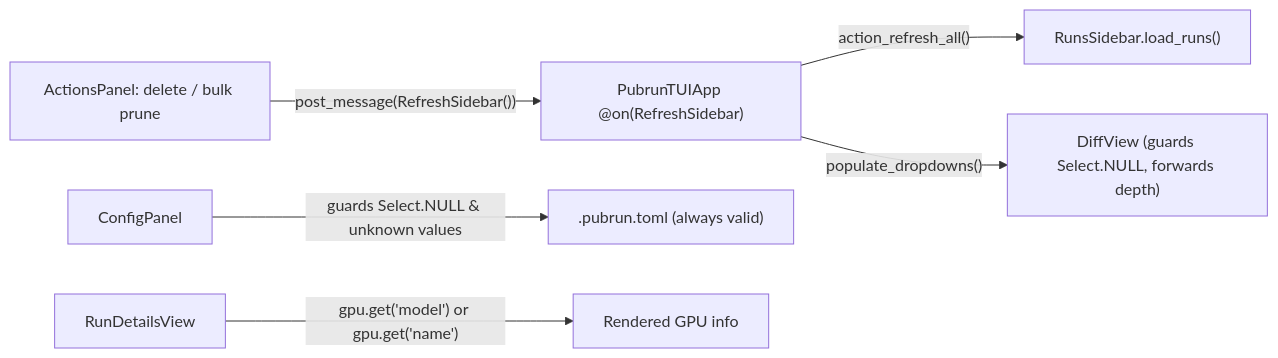
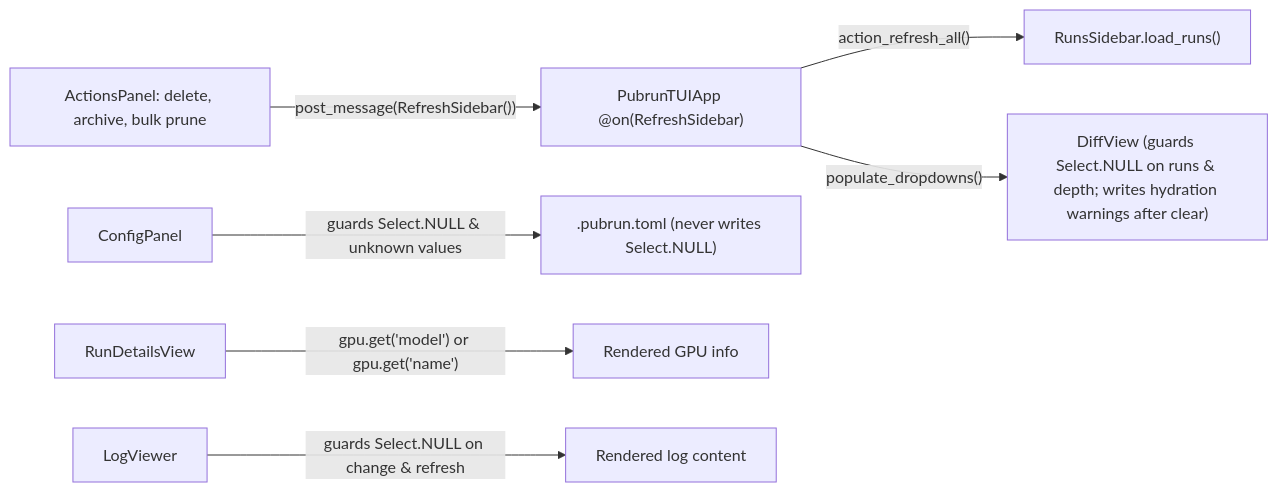
The diagram in .aw/records/plans/pending/20261122-bugs-audit-07-8ebjeg-fix-tui-widget-crashes-select-null-handling-and-sidebar-refr.ipd.md (fariello/pubrun), drawn with Mermaid before and after one commit. The commit also changed other lines of this file and 1 other file, not shown here.

````diff
--- a/.aw/records/plans/pending/20261122-bugs-audit-07-8ebjeg-fix-tui-widget-crashes-select-null-handling-and-sidebar-refr.ipd.md
+++ b/.aw/records/plans/pending/20261122-bugs-audit-07-8ebjeg-fix-tui-widget-crashes-select-null-handling-and-sidebar-refr.ipd.md
@@ -33,8 +36,9 @@
 ```mermaid
 flowchart LR
-    ACT["ActionsPanel: delete / bulk prune"] -->|"post_message(RefreshSidebar())"| APP["PubrunTUIApp @on(RefreshSidebar)"]
+    ACT["ActionsPanel: delete, archive, bulk prune"] -->|"post_message(RefreshSidebar())"| APP["PubrunTUIApp @on(RefreshSidebar)"]
     APP -->|"action_refresh_all()"| SIDE["RunsSidebar.load_runs()"]
-    APP -->|"populate_dropdowns()"| DIFF["DiffView (guards Select.NULL, forwards depth)"]
-    CFG["ConfigPanel"] -->|"guards Select.NULL & unknown values"| TOML[".pubrun.toml (always valid)"]
+    APP -->|"populate_dropdowns()"| DIFF["DiffView (guards Select.NULL on runs & depth; writes hydration warnings after clear)"]
+    CFG["ConfigPanel"] -->|"guards Select.NULL & unknown values"| TOML[".pubrun.toml (never writes Select.NULL)"]
     DET["RunDetailsView"] -->|"gpu.get('model') or gpu.get('name')"| GPU["Rendered GPU info"]
+    VIEW["LogViewer"] -->|"guards Select.NULL on change & refresh"| LOG["Rendered log content"]
 ```
````
